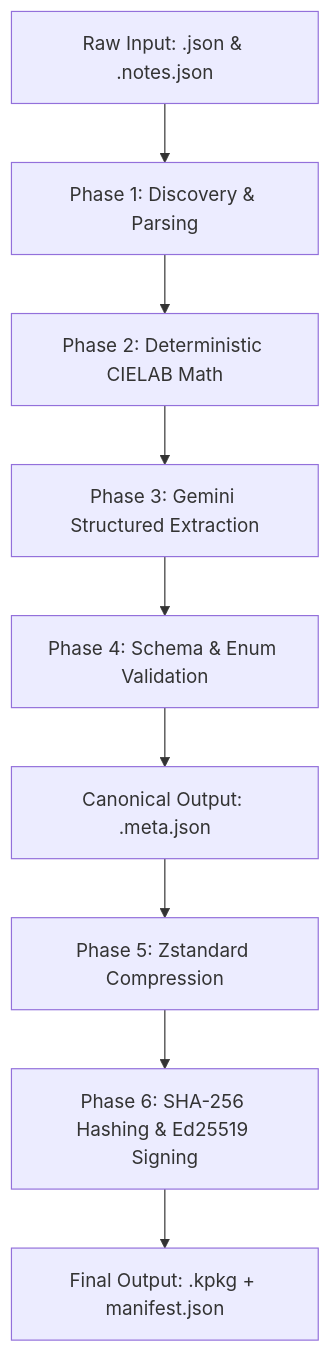
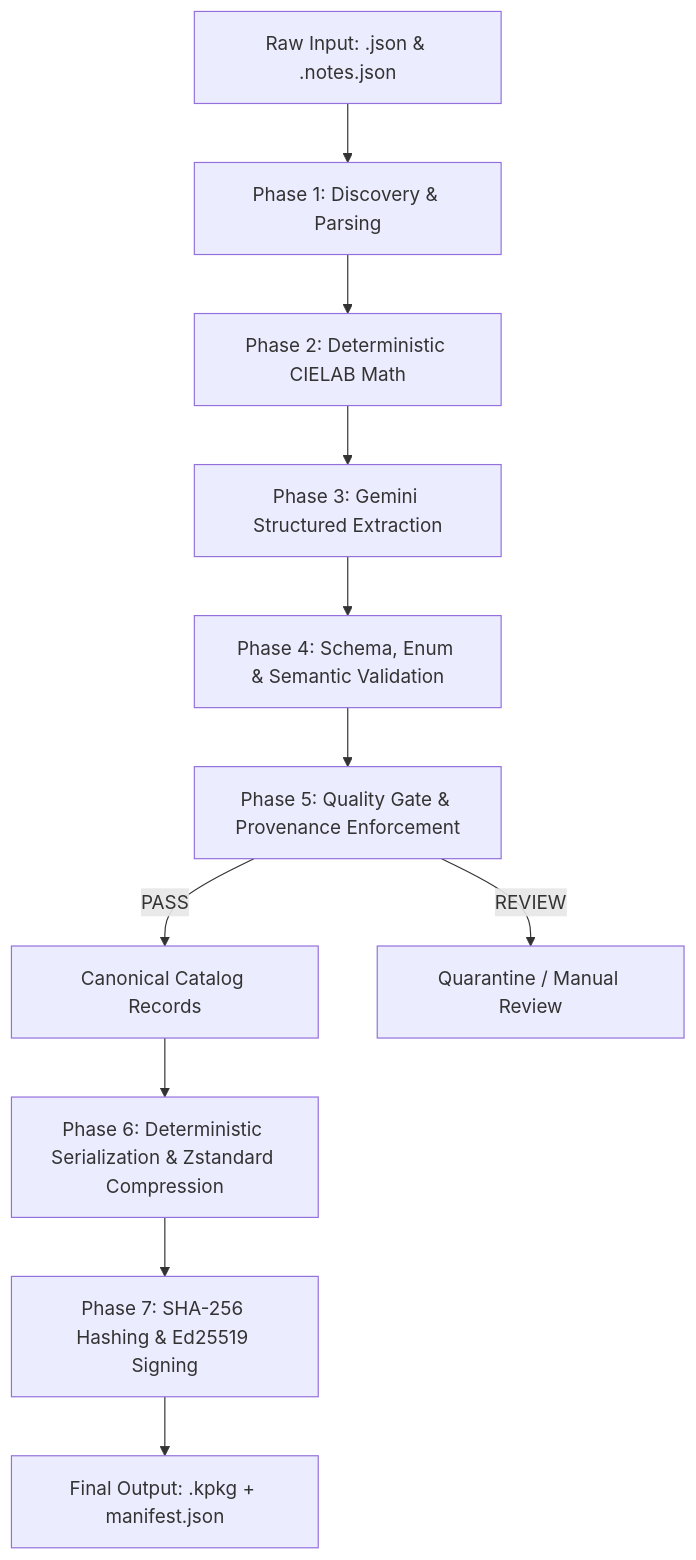
The diagram in server/Inventory/docs/Tags/catalog_tagging_plan.md (developerY/ProBase), drawn with Mermaid before and after one commit. The commit also changed other lines of this file and 3 other files, not shown here.

First line of the commit message:
Update KoColor catalog tagging pipeline architecture and schema

````diff
--- a/server/Inventory/docs/Tags/catalog_tagging_plan.md
+++ b/server/Inventory/docs/Tags/catalog_tagging_plan.md
@@ -13,11 +11,13 @@
 ```mermaid
 graph TD
     A[Raw Input: .json & .notes.json] --> B[Phase 1: Discovery & Parsing]
     B --> C[Phase 2: Deterministic CIELAB Math]
     C --> D[Phase 3: Gemini Structured Extraction]
-    D --> E[Phase 4: Schema & Enum Validation]
-    E --> F[Canonical Output: .meta.json]
-    F --> G[Phase 5: Zstandard Compression]
-    G --> H[Phase 6: SHA-256 Hashing & Ed25519 Signing]
-    H --> I[Final Output: .kpkg + manifest.json]
+    D --> E[Phase 4: Schema, Enum & Semantic Validation]
+    E --> F[Phase 5: Quality Gate & Provenance Enforcement]
+    F -- PASS --> G[Canonical Catalog Records]
+    F -- REVIEW --> Q[Quarantine / Manual Review]
+    G --> H[Phase 6: Deterministic Serialization & Zstandard Compression]
+    H --> I[Phase 7: SHA-256 Hashing & Ed25519 Signing]
+    I --> J[Final Output: .kpkg + manifest.json]
 ```
````
